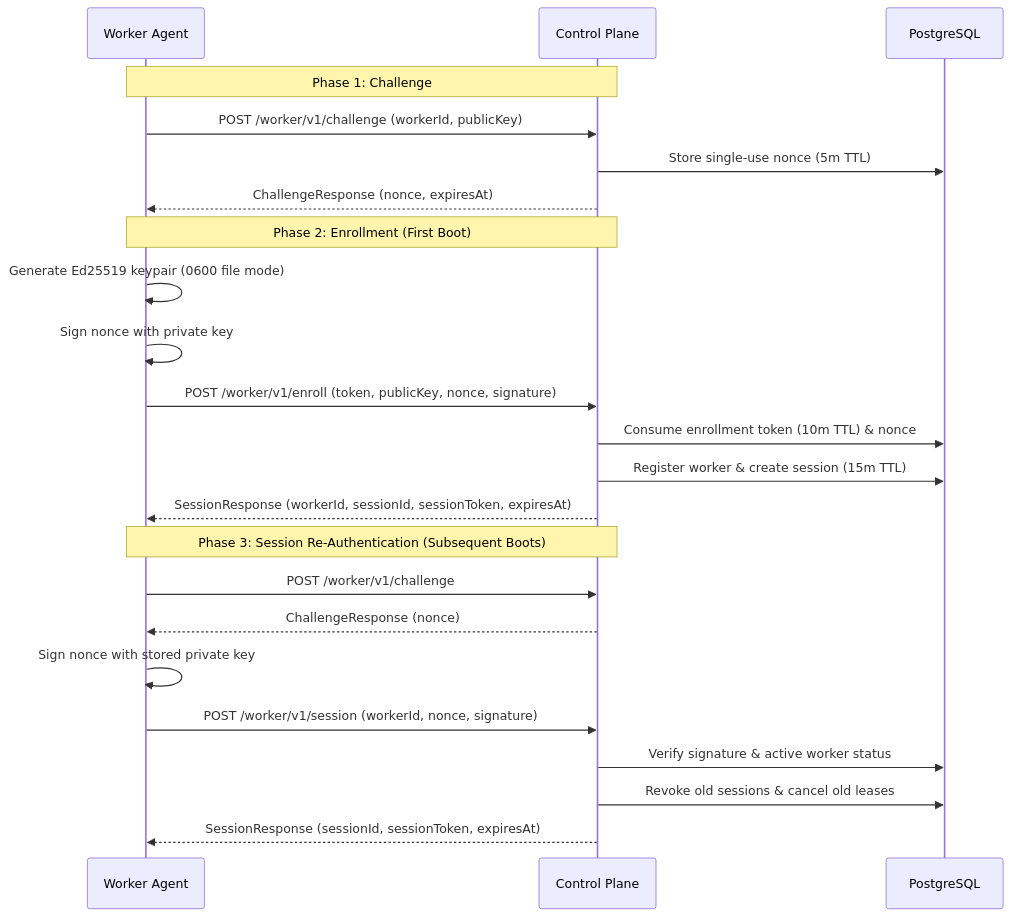
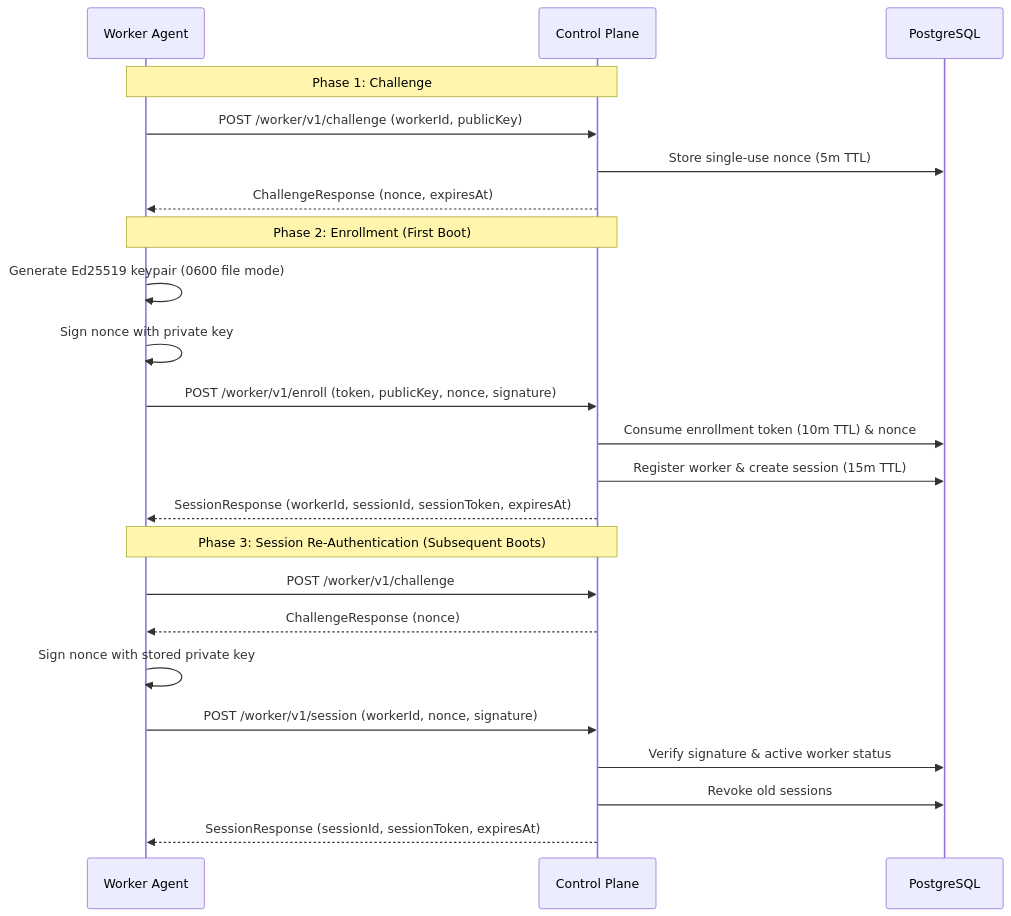
One commit to Ryanakml/Deadbolt changed the first of 2 diagrams in docs/worker-agent-and-execution-lifecycle.md. Above: the diagram before and after it, drawn with Mermaid. The commit also changed other lines of this file and 15 other files, not shown here.

````diff
--- a/docs/worker-agent-and-execution-lifecycle.md
+++ b/docs/worker-agent-and-execution-lifecycle.md
@@ -23,28 +23,28 @@
 ```mermaid
 sequenceDiagram
     participant W as Worker Agent
     participant CP as Control Plane
     participant DB as PostgreSQL
 
     Note over W,CP: Phase 1: Challenge
     W->>CP: POST /worker/v1/challenge (workerId, publicKey)
     CP->>DB: Store single-use nonce (5m TTL)
     CP-->>W: ChallengeResponse (nonce, expiresAt)
 
     Note over W,CP: Phase 2: Enrollment (First Boot)
     W->>W: Generate Ed25519 keypair (0600 file mode)
     W->>W: Sign nonce with private key
     W->>CP: POST /worker/v1/enroll (token, publicKey, nonce, signature)
     CP->>DB: Consume enrollment token (10m TTL) & nonce
     CP->>DB: Register worker & create session (15m TTL)
     CP-->>W: SessionResponse (workerId, sessionId, sessionToken, expiresAt)
 
     Note over W,CP: Phase 3: Session Re-Authentication (Subsequent Boots)
     W->>CP: POST /worker/v1/challenge
     CP-->>W: ChallengeResponse (nonce)
     W->>W: Sign nonce with stored private key
     W->>CP: POST /worker/v1/session (workerId, nonce, signature)
     CP->>DB: Verify signature & active worker status
-    CP->>DB: Revoke old sessions & cancel old leases
+    CP->>DB: Revoke old sessions
     CP-->>W: SessionResponse (sessionId, sessionToken, expiresAt)
 ```
````
